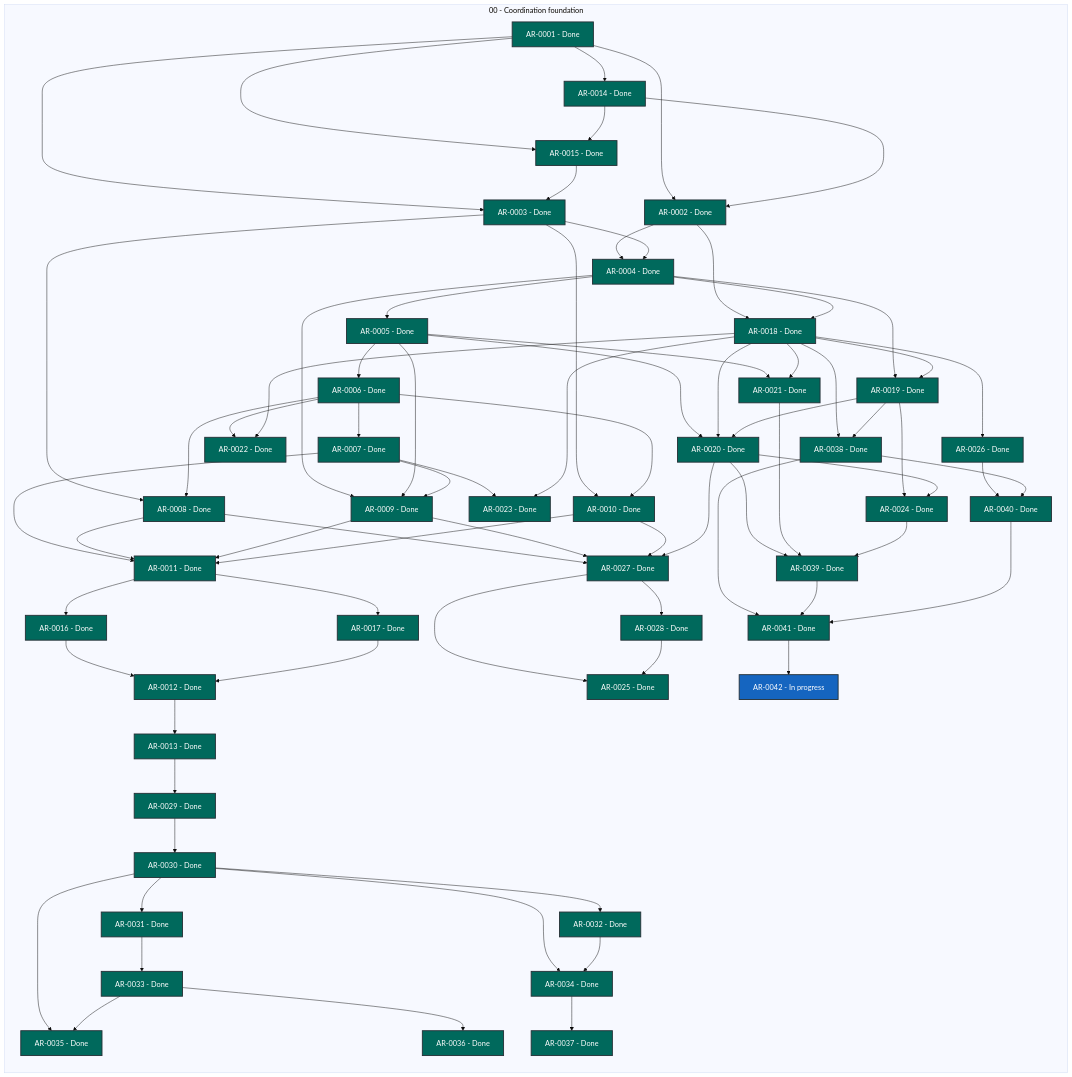
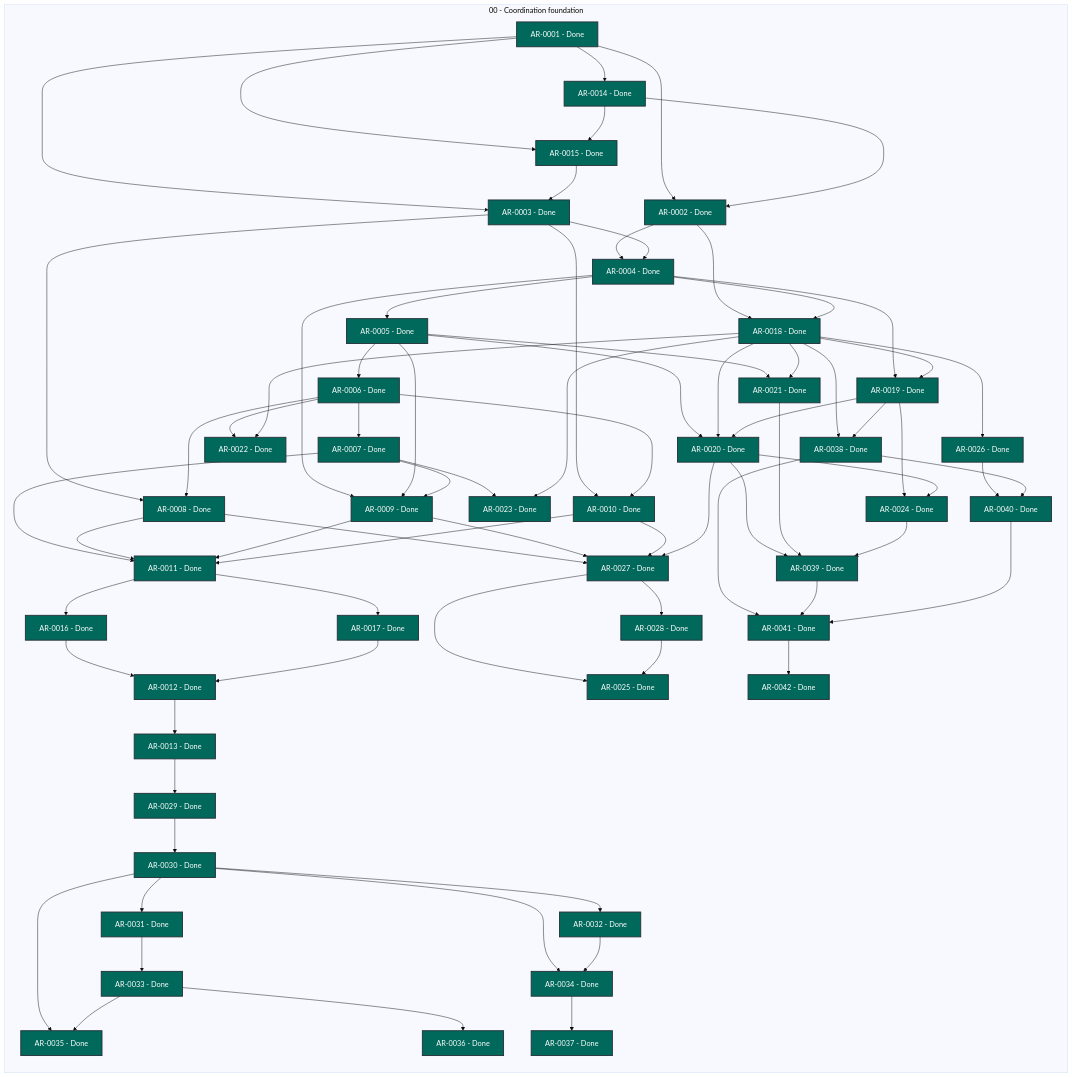
Before and after one commit to martin-beck/agent-workflow-tui-state: the diagram in STATUS.md, drawn with Mermaid (base theme). The commit also changed other lines of this file and 2 other files, not shown here.

```diff
--- a/STATUS.md
+++ b/STATUS.md
@@ -69,7 +69,7 @@
         AR_0039["AR-0039 - Done"]:::status_done
         AR_0040["AR-0040 - Done"]:::status_done
         AR_0041["AR-0041 - Done"]:::status_done
-        AR_0042["AR-0042 - In progress"]:::status_in_progress
+        AR_0042["AR-0042 - Done"]:::status_done
     end
     AR_0001 --> AR_0002
     AR_0001 --> AR_0003
```
